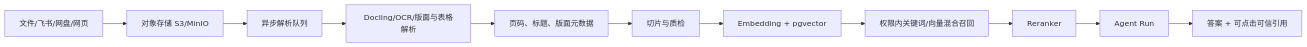
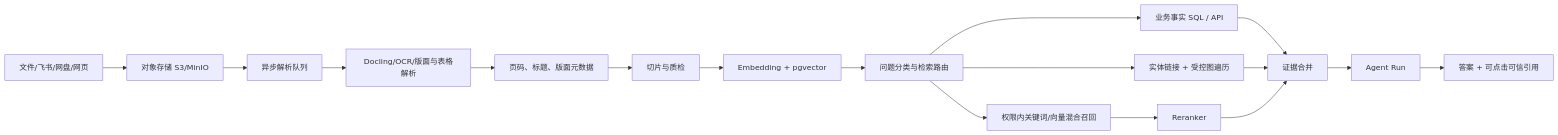
The diagram in docs/知识库能力评估与开源方案对照.md (Eors583/enterprise-intelligent-agent), drawn with Mermaid before and after one commit. The commit also changed other lines of this file and 345 other files, not shown here.

````diff
--- a/docs/知识库能力评估与开源方案对照.md
+++ b/docs/知识库能力评估与开源方案对照.md
@@ -71,13 +72,19 @@
 ```mermaid
 flowchart LR
   A["文件/飞书/网盘/网页"] --> B["对象存储 S3/MinIO"]
   B --> C["异步解析队列"]
   C --> D["Docling/OCR/版面与表格解析"]
   D --> E["页码、标题、版面元数据"]
   E --> F["切片与质检"]
   F --> G["Embedding + pgvector"]
-  G --> H["权限内关键词/向量混合召回"]
-  H --> I["Reranker"]
-  I --> J["Agent Run"]
+  G --> H["问题分类与检索路由"]
+  H --> I["权限内关键词/向量混合召回"]
+  H --> L["业务事实 SQL / API"]
+  H --> M["实体链接 + 受控图遍历"]
+  I --> N["Reranker"]
+  L --> O["证据合并"]
+  M --> O
+  N --> O
+  O --> J["Agent Run"]
   J --> K["答案 + 可点击可信引用"]
 ```
````
